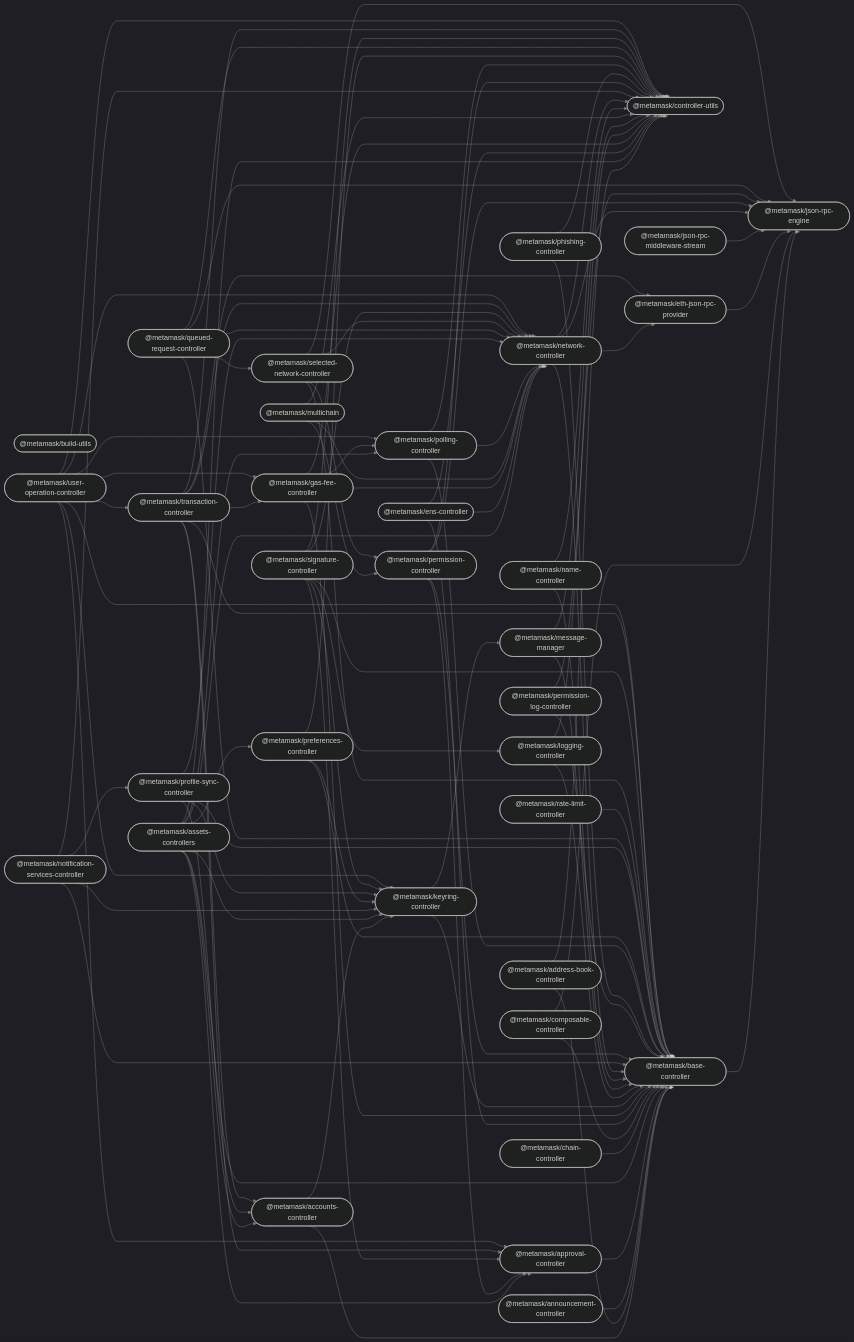
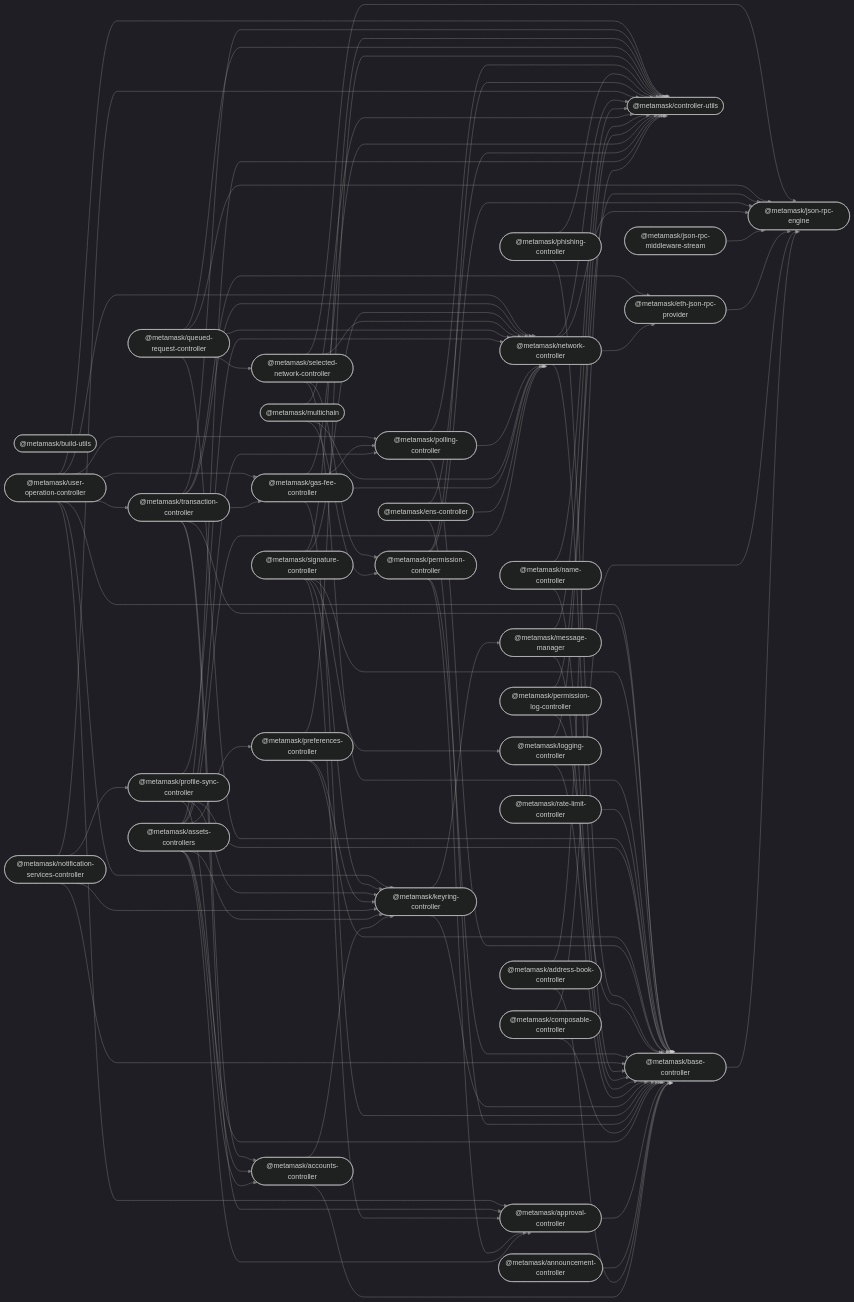
The diagram in README.md (MetaMask/core), drawn with Mermaid (dark theme) before and after one commit. The commit also changed other lines of this file and 19 other files, not shown here.

Commit message:
chore: remove @metamask/chain-controller

```diff
--- a/README.md
+++ b/README.md
@@ -70,7 +69,6 @@
   assets_controllers(["@metamask/assets-controllers"]);
   base_controller(["@metamask/base-controller"]);
   build_utils(["@metamask/build-utils"]);
-  chain_controller(["@metamask/chain-controller"]);
   composable_controller(["@metamask/composable-controller"]);
   controller_utils(["@metamask/controller-utils"]);
   ens_controller(["@metamask/ens-controller"]);
@@ -112,7 +110,6 @@
   assets_controllers --> network_controller;
   assets_controllers --> preferences_controller;
   base_controller --> json_rpc_engine;
-  chain_controller --> base_controller;
   composable_controller --> base_controller;
   composable_controller --> json_rpc_engine;
   ens_controller --> base_controller;
```
